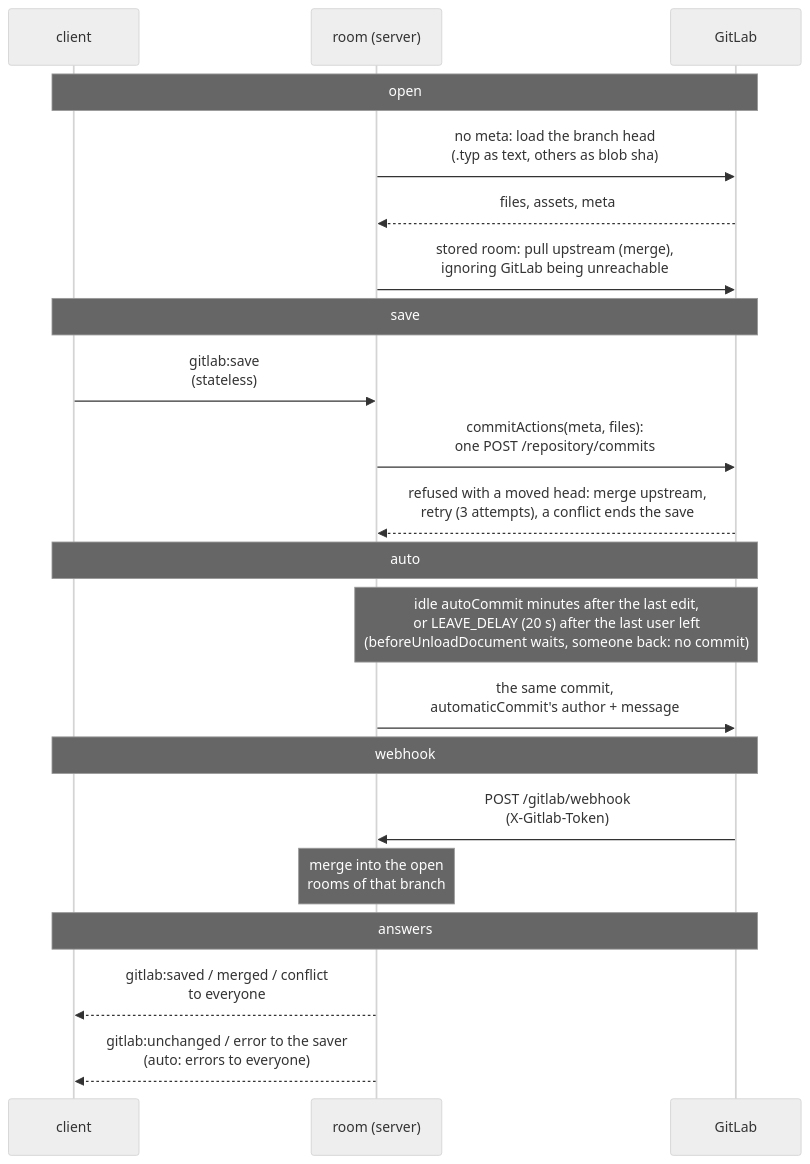
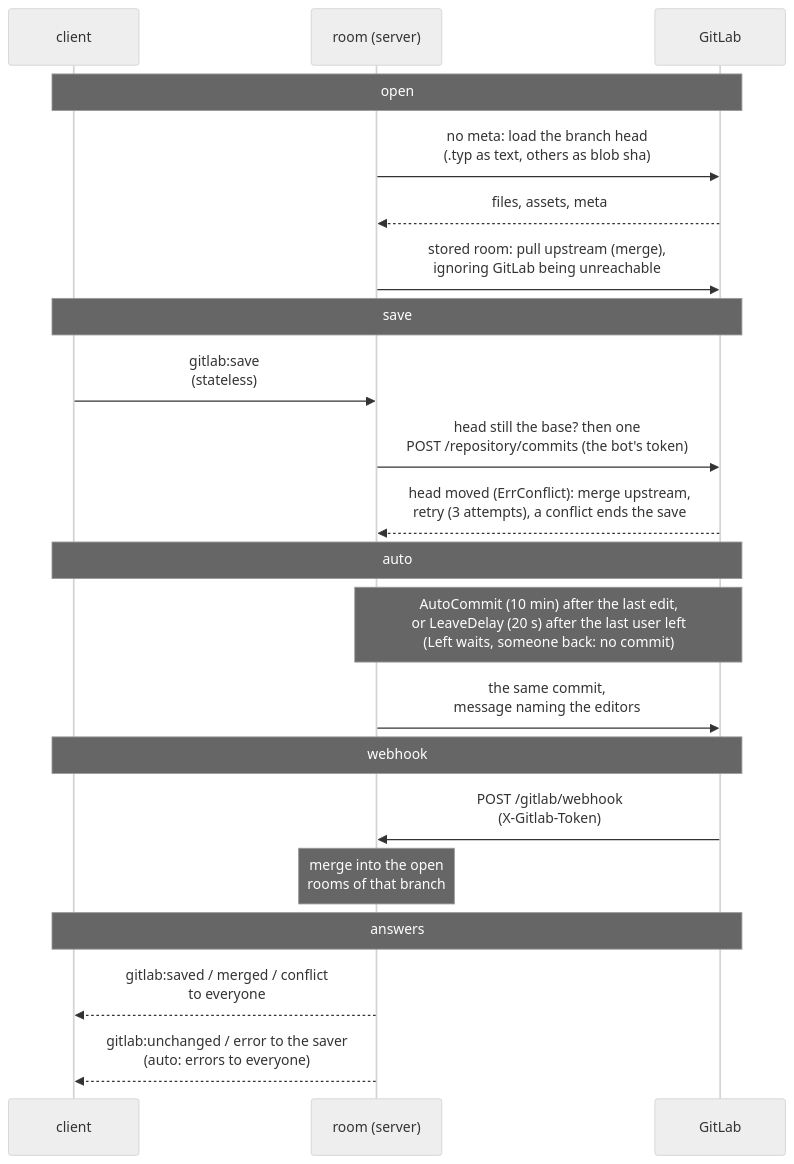
One commit to sandstorm/zwiebelfisch changed the diagram in docs/diagrams/gitlab-room.mmd. Above: the diagram before and after it, drawn with Mermaid (neutral theme). The commit also changed 91 other files, not shown here.

```diff
--- a/docs/diagrams/gitlab-room.mmd
+++ b/docs/diagrams/gitlab-room.mmd
@@ -1,21 +1,21 @@
 sequenceDiagram
   participant C as client
   participant R as room (server)
   participant G as GitLab
   Note over C,G: open
   R->>G: no meta: load the branch head<br/>(.typ as text, others as blob sha)
   G-->>R: files, assets, meta
   R->>G: stored room: pull upstream (merge),<br/>ignoring GitLab being unreachable
   Note over C,G: save
   C->>R: gitlab:save<br/>(stateless)
-  R->>G: commitActions(meta, files):<br/>one POST /repository/commits
-  G-->>R: refused with a moved head: merge upstream,<br/>retry (3 attempts), a conflict ends the save
+  R->>G: head still the base? then one<br/>POST /repository/commits (the bot's token)
+  G-->>R: head moved (ErrConflict): merge upstream,<br/>retry (3 attempts), a conflict ends the save
   Note over C,G: auto
-  Note over R,G: idle autoCommit minutes after the last edit,<br/>or LEAVE_DELAY (20 s) after the last user left<br/>(beforeUnloadDocument waits, someone back: no commit)
-  R->>G: the same commit,<br/>automaticCommit's author + message
+  Note over R,G: AutoCommit (10 min) after the last edit,<br/>or LeaveDelay (20 s) after the last user left<br/>(Left waits, someone back: no commit)
+  R->>G: the same commit,<br/>message naming the editors
   Note over C,G: webhook
   G->>R: POST /gitlab/webhook<br/>(X-Gitlab-Token)
   Note over R: merge into the open<br/>rooms of that branch
   Note over C,G: answers
   R-->>C: gitlab:saved / merged / conflict<br/>to everyone
   R-->>C: gitlab:unchanged / error to the saver<br/>(auto: errors to everyone)
```
